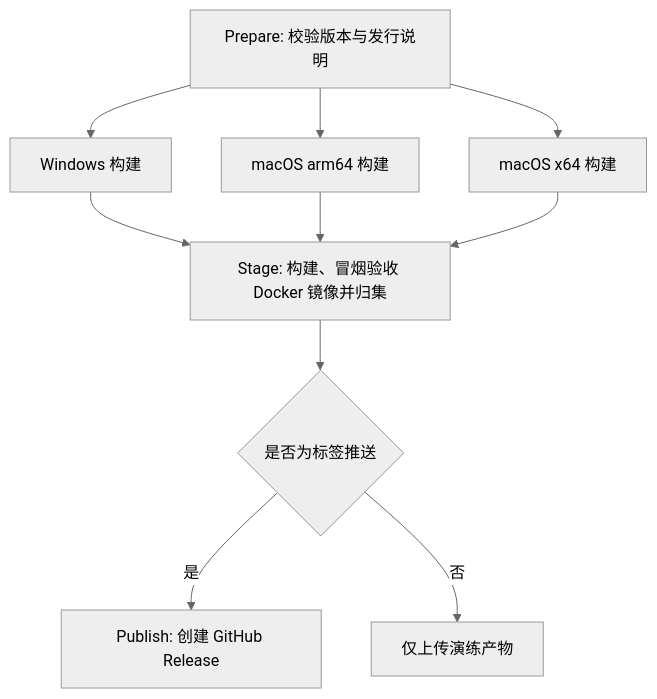
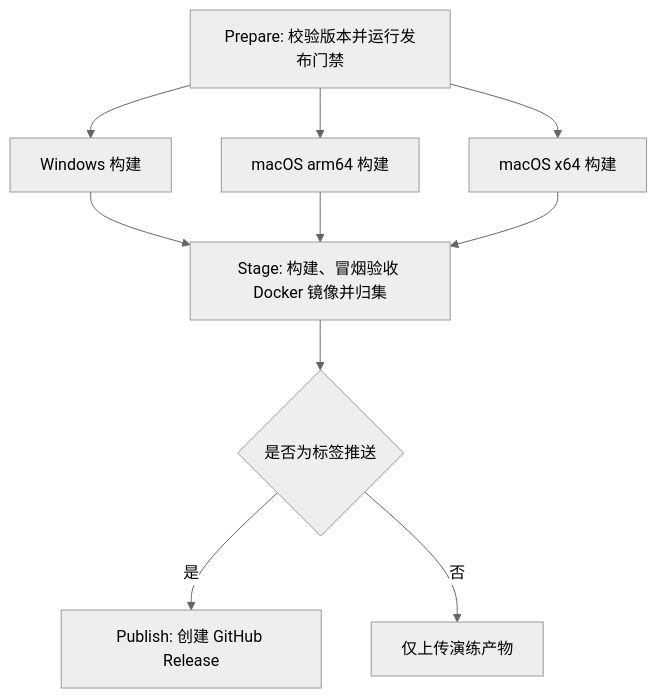
The second of 2 diagrams in docs/WORKFLOW.md (SkyJourney/MorphDoc), drawn with Mermaid (neutral theme) before and after one commit. The commit also changed other lines of this file and 2 other files, not shown here.

First line of the commit message:
ci: 发布 Prepare 接入发布门禁 (#19)

````diff
--- a/docs/WORKFLOW.md
+++ b/docs/WORKFLOW.md
@@ -201,12 +212,12 @@
 ```mermaid
 flowchart TD
-    A["Prepare: 校验版本与发行说明"] --> B["Windows 构建"]
+    A["Prepare: 校验版本并运行发布门禁"] --> B["Windows 构建"]
     A --> C["macOS arm64 构建"]
     A --> D["macOS x64 构建"]
     B --> E["Stage: 构建、冒烟验收 Docker 镜像并归集"]
     C --> E
     D --> E
     E --> F{"是否为标签推送"}
     F -->|"是"| G["Publish: 创建 GitHub Release"]
     F -->|"否"| H["仅上传演练产物"]
 ```
````
